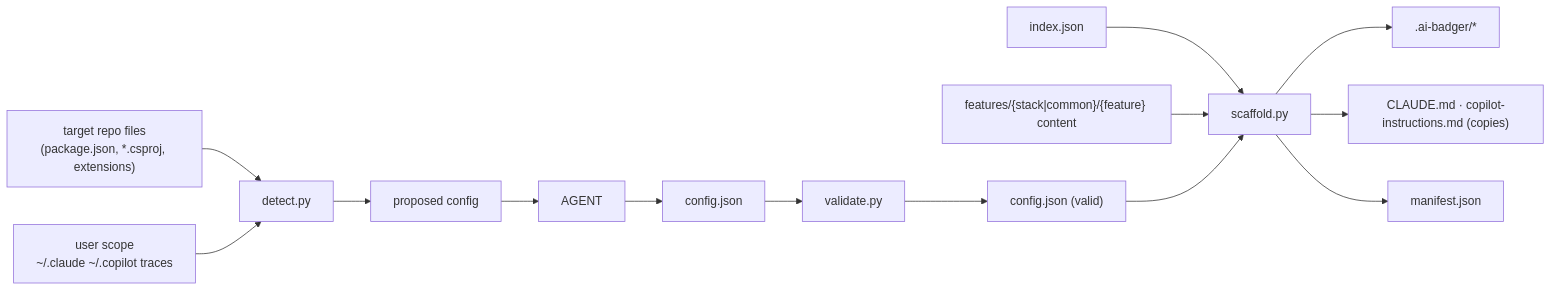
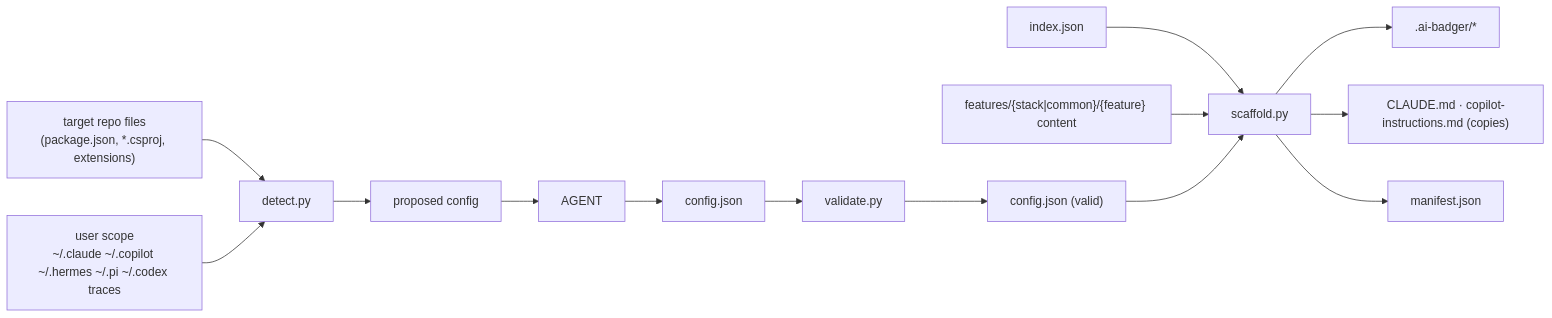
The first of 2 diagrams in docs/framework-architecture.md (Arasz/ai-badger), drawn with Mermaid before and after one commit. The commit also changed other lines of this file and 148 other files, not shown here.

````diff
--- a/docs/framework-architecture.md
+++ b/docs/framework-architecture.md
@@ -385,15 +404,15 @@
 ```mermaid
 flowchart LR
   REPO["target repo files\n(package.json, *.csproj, extensions)"] --> DET["detect.py"]
-  USER["user scope\n~/.claude ~/.copilot traces"] --> DET
+  USER["user scope\n~/.claude ~/.copilot ~/.hermes ~/.pi ~/.codex traces"] --> DET
   DET --> PC["proposed config"]
   PC --> AG["AGENT"]
   AG --> CFG["config.json"]
   CFG --> VAL["validate.py"] --> CFGok["config.json (valid)"]
   IDX["index.json"] --> SCAF["scaffold.py"]
   CATALOG["features/{stack|common}/{feature} content"] --> SCAF
   CFGok --> SCAF
   SCAF --> AIB[".ai-badger/*"]
   SCAF --> COPIES["CLAUDE.md · copilot-instructions.md (copies)"]
   SCAF --> MAN["manifest.json"]
 ```
````
